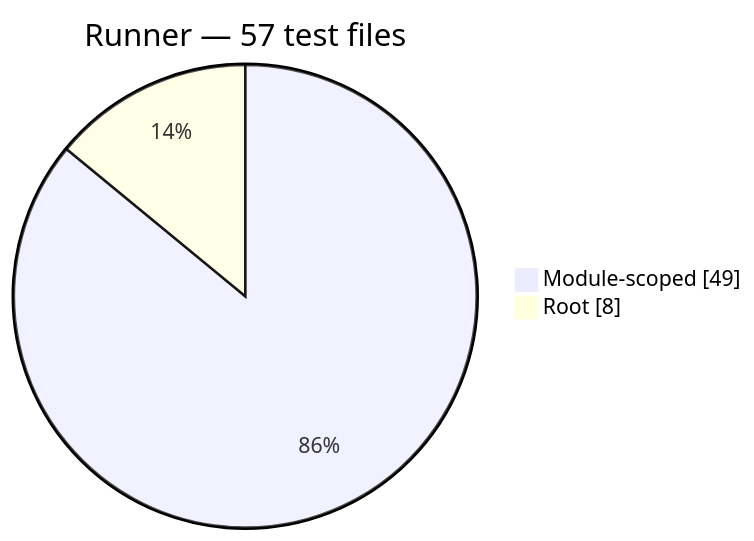
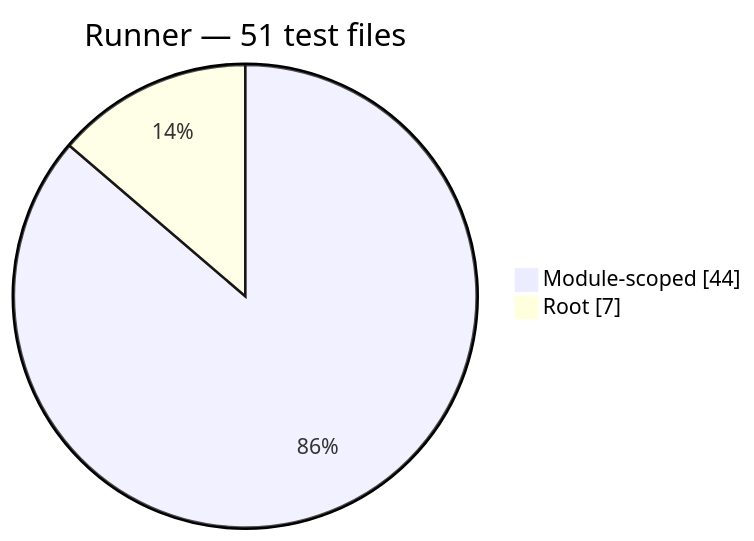
The seventh of 13 diagrams in docs/generated/test-composition.md (PHP-Arazzo/php-arazzo), drawn with Mermaid before and after one commit. The commit also changed other lines of this file and 209 other files, not shown here.

````diff
--- a/docs/generated/test-composition.md
+++ b/docs/generated/test-composition.md
@@ -102,6 +106,6 @@
 ```mermaid
 pie showData
-    title Runner — 57 test files
-    "Module-scoped": 49
-    "Root": 8
+    title Runner — 51 test files
+    "Module-scoped": 44
+    "Root": 7
 ```
````
